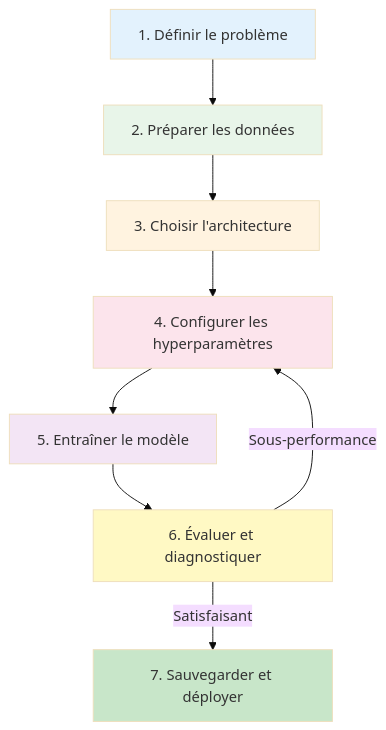
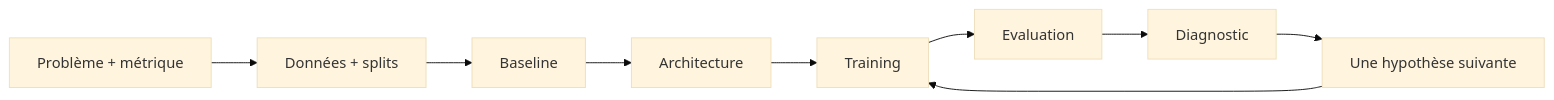
Before and after one commit to FTurleque/doc-utilisation-ia: the diagram in docs/chapitre-8-deep-learning/concevoir-entrainer.md, drawn with Mermaid (base theme). The commit also changed other lines of this file and 261 other files, not shown here.

````diff
--- a/docs/chapitre-8-deep-learning/concevoir-entrainer.md
+++ b/docs/chapitre-8-deep-learning/concevoir-entrainer.md
@@ -11,18 +11,11 @@
 ```mermaid
-graph TD
-    P["1. Définir le problème"] --> D["2. Préparer les données"]
-    D --> A["3. Choisir l'architecture"]
-    A --> H["4. Configurer les hyperparamètres"]
-    H --> T["5. Entraîner le modèle"]
-    T --> E["6. Évaluer et diagnostiquer"]
-    E -->|"Sous-performance"| H
-    E -->|"Satisfaisant"| S["7. Sauvegarder et déployer"]
-
-    style P fill:#e3f2fd
-    style D fill:#e8f5e9
-    style A fill:#fff3e0
-    style H fill:#fce4ec
-    style T fill:#f3e5f5
-    style E fill:#fff9c4
-    style S fill:#c8e6c9
+graph LR
+    P["Problème + métrique"] --> D["Données + splits"]
+    D --> B["Baseline"]
+    B --> A["Architecture"]
+    A --> T["Training"]
+    T --> E["Evaluation"]
+    E --> X["Diagnostic"]
+    X --> H["Une hypothèse suivante"]
+    H --> T
 ```
````
